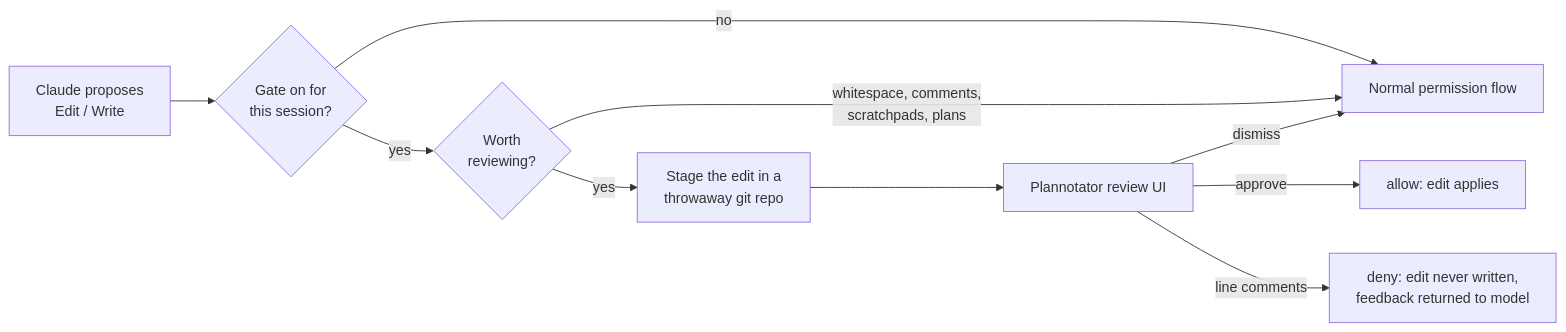
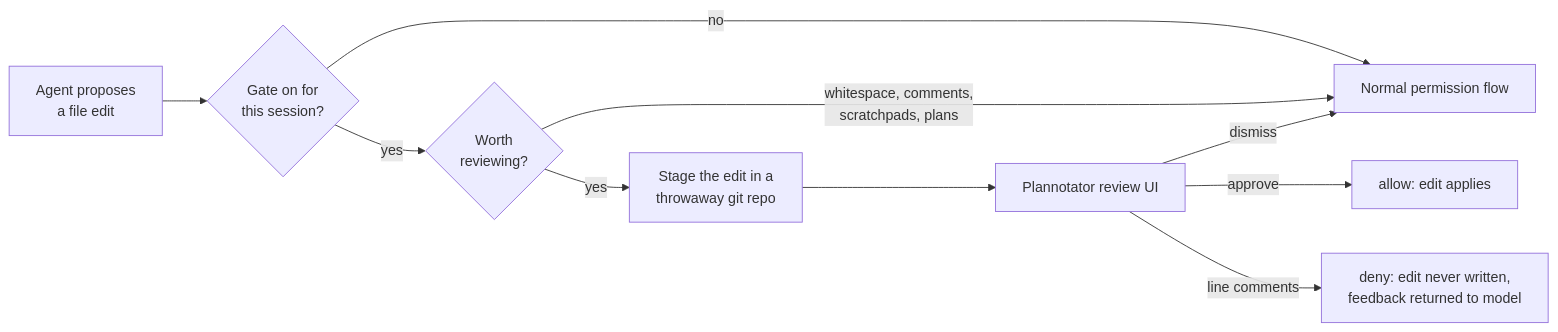
One commit to TheOutdoorProgrammer/plannotator-review-gate changed the diagram in README.md. Above: the diagram before and after it, drawn with Mermaid. The commit also changed other lines of this file and 17 other files, not shown here.

Commit message:
feat: gate edits across Claude Codex and Cursor

````diff
--- a/README.md
+++ b/README.md
@@ -15,12 +15,12 @@
 ```mermaid
 flowchart LR
-    A[Claude proposes<br/>Edit / Write] --> B{Gate on for<br/>this session?}
+    A[Agent proposes<br/>a file edit] --> B{Gate on for<br/>this session?}
     B -->|no| Z[Normal permission flow]
     B -->|yes| C{Worth<br/>reviewing?}
     C -->|"whitespace, comments,<br/>scratchpads, plans"| Z
     C -->|yes| D[Stage the edit in a<br/>throwaway git repo]
     D --> E[Plannotator review UI]
     E -->|approve| F[allow: edit applies]
     E -->|line comments| G[deny: edit never written,<br/>feedback returned to model]
     E -->|dismiss| Z
 ```
````
